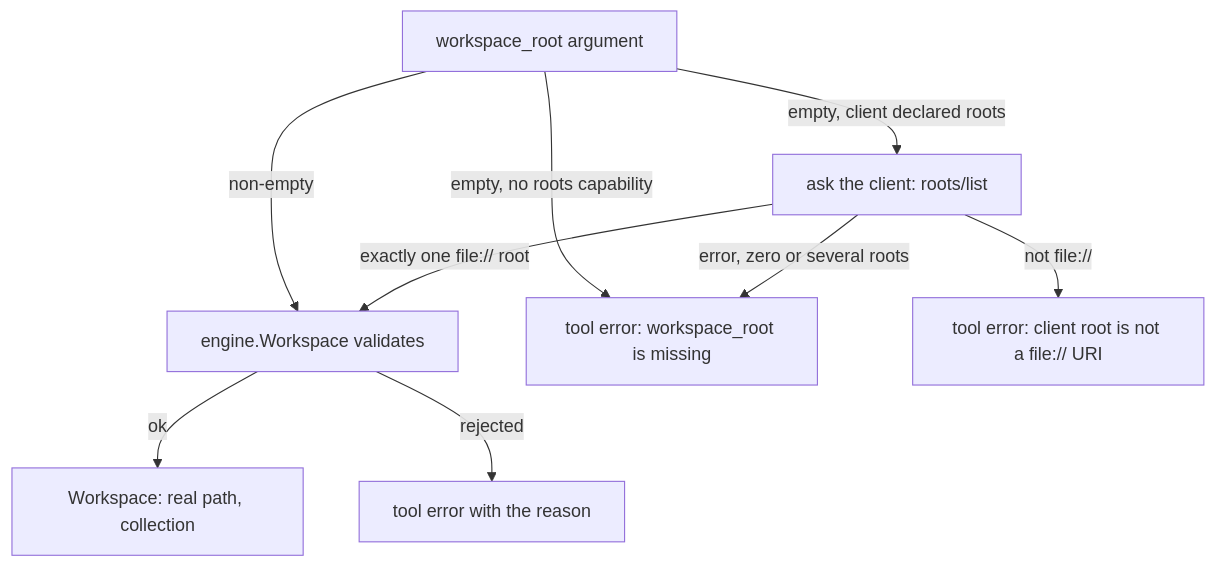
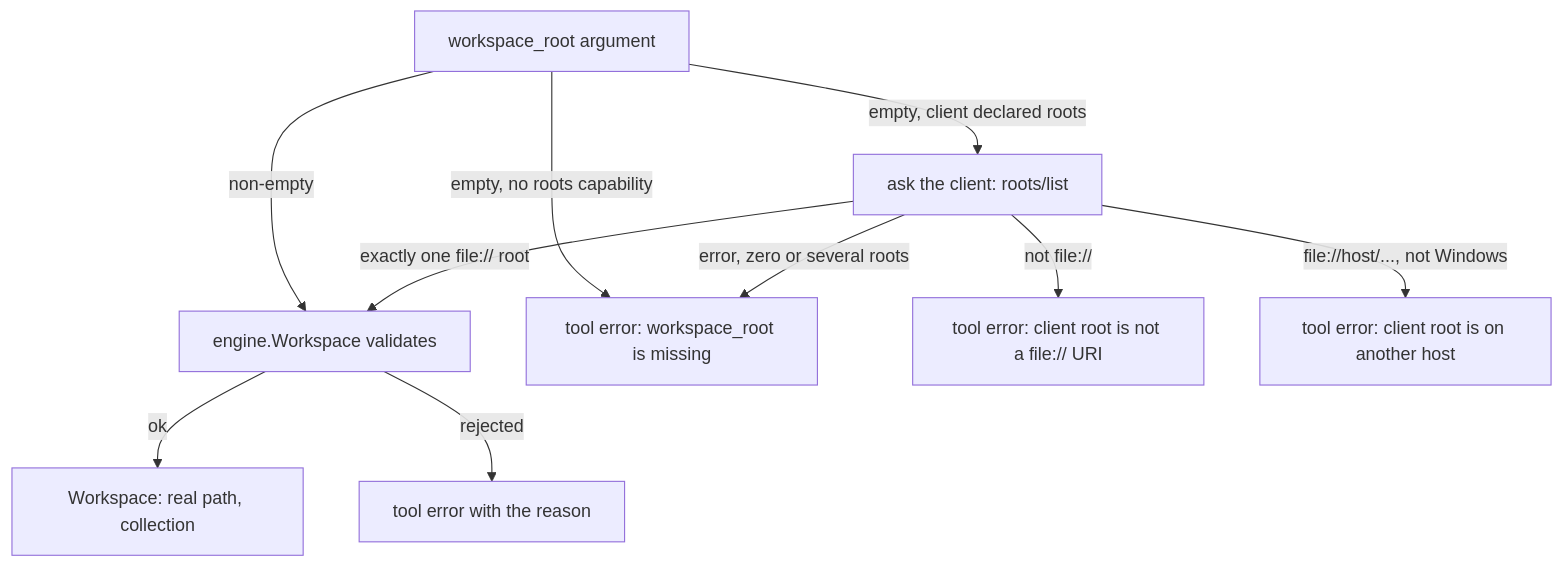
The second of 2 diagrams in tools/README.md (doITmagic/rag-code-mcp), drawn with Mermaid before and after one commit. The commit also changed other lines of this file and 2 other files, not shown here.

Commit message:
fix(tools): a client root file://<host>/path is a UNC path on Windows and refused elsewhere, never opened as a local path

````diff
--- a/tools/README.md
+++ b/tools/README.md
@@ -166,11 +166,12 @@
 ```mermaid
 flowchart TD
     A[workspace_root argument] -->|non-empty| V[engine.Workspace validates]
     A -->|empty, client declared roots| R[ask the client: roots/list]
     A -->|empty, no roots capability| E1
     R -->|exactly one file:// root| V
     R -->|error, zero or several roots| E1[tool error: workspace_root is missing]
     R -->|not file://| E2[tool error: client root is not a file:// URI]
+    R -->|file://host/..., not Windows| E4[tool error: client root is on another host]
     V -->|ok| W[Workspace: real path, collection]
     V -->|rejected| E3[tool error with the reason]
 ```
````
